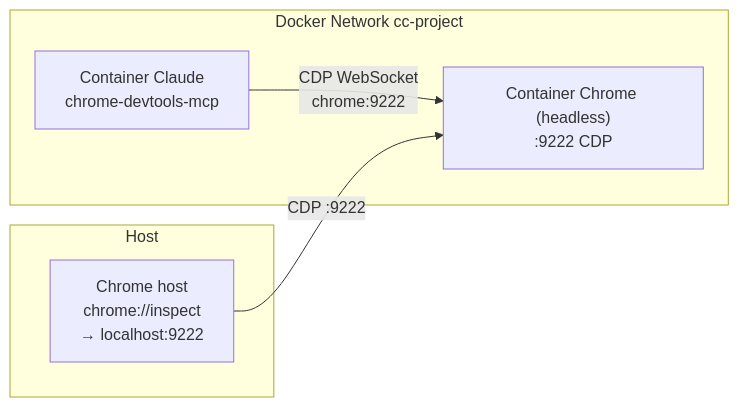
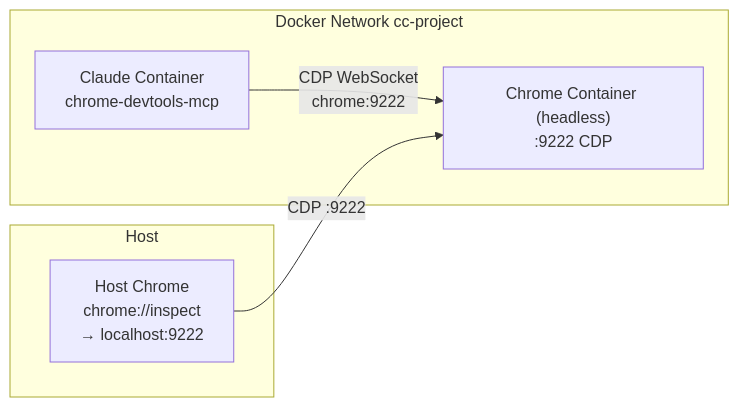
The third of 3 diagrams in docs/maintainer/future/browser-mcp/analysis.md (alergyonthestage/claude-orchestrator), drawn with Mermaid before and after one commit. The commit also changed other lines of this file and 18 other files, not shown here.

````diff
--- a/docs/maintainer/future/browser-mcp/analysis.md
+++ b/docs/maintainer/future/browser-mcp/analysis.md
@@ -480,14 +474,14 @@
 ```mermaid
 graph LR
     subgraph Host
-        DEVTOOLS["Chrome host<br/>chrome://inspect<br/>→ localhost:9222"]
+        DEVTOOLS["Host Chrome<br/>chrome://inspect<br/>→ localhost:9222"]
     end
 
     subgraph "Docker Network cc-project"
-        CLAUDE[Container Claude<br/>chrome-devtools-mcp]
-        CHROME["Container Chrome (headless)<br/>:9222 CDP"]
+        CLAUDE[Claude Container<br/>chrome-devtools-mcp]
+        CHROME["Chrome Container (headless)<br/>:9222 CDP"]
     end
 
     CLAUDE -->|"CDP WebSocket<br/>chrome:9222"| CHROME
     DEVTOOLS -->|"CDP :9222"| CHROME
 ```
````
